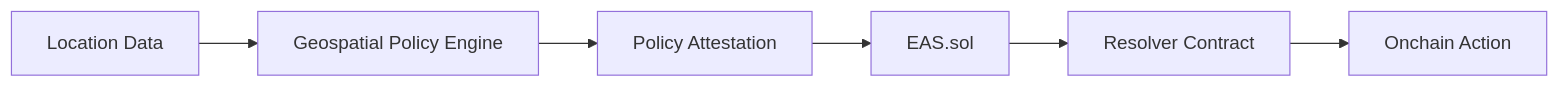
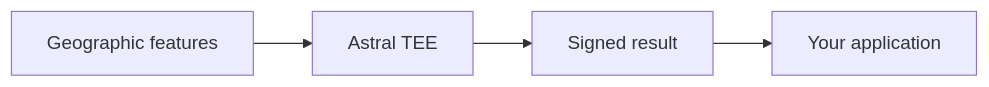
Before and after one commit to AstralProtocol/mintlify-docs: the diagram in introduction.mdx, drawn with Mermaid. The commit also changed other lines of this file and 2 other files, not shown here.

````diff
--- a/introduction.mdx
+++ b/introduction.mdx
@@ -34,8 +31,6 @@
 ```mermaid
 graph LR
-    A[Location Data] --> B[Geospatial Policy Engine]
-    B --> C[Policy Attestation]
-    C --> D[EAS.sol]
-    D --> E[Resolver Contract]
-    E --> F[Onchain Action]
+    A[Geographic features] --> B[Astral TEE]
+    B --> C[Signed result]
+    C --> D[Your application]
 ```
````
